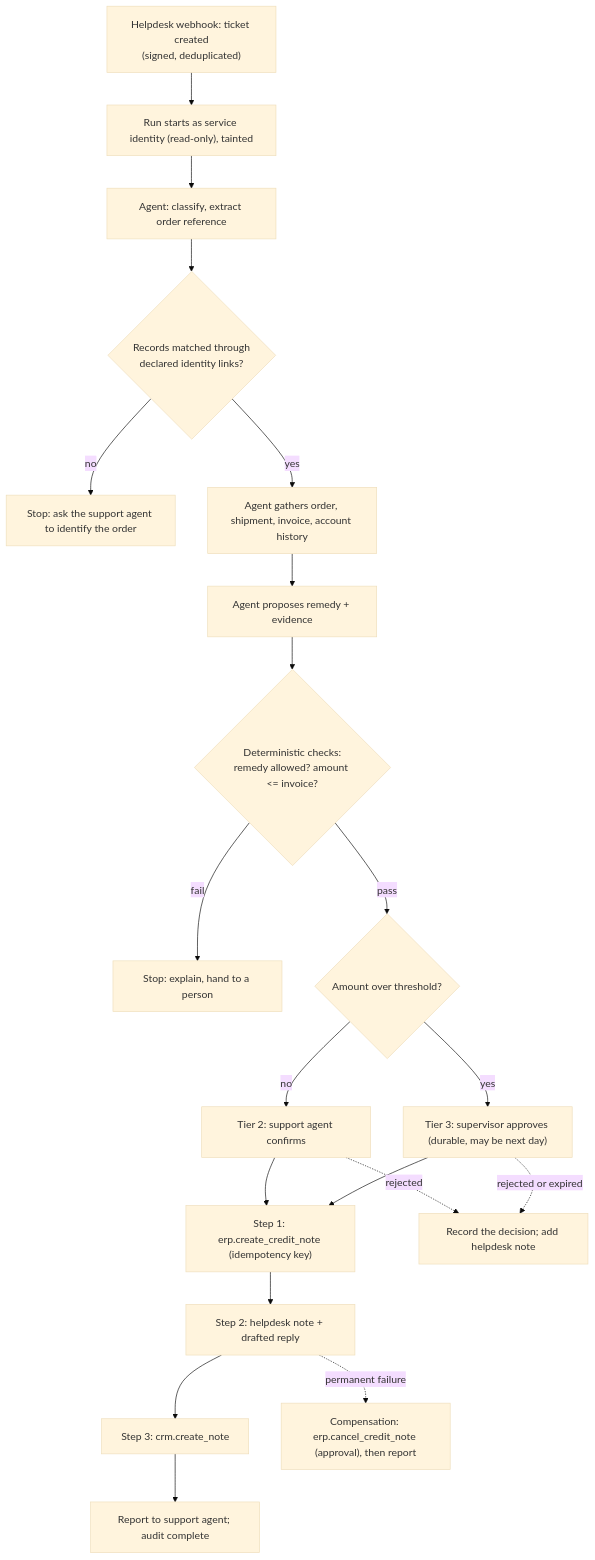
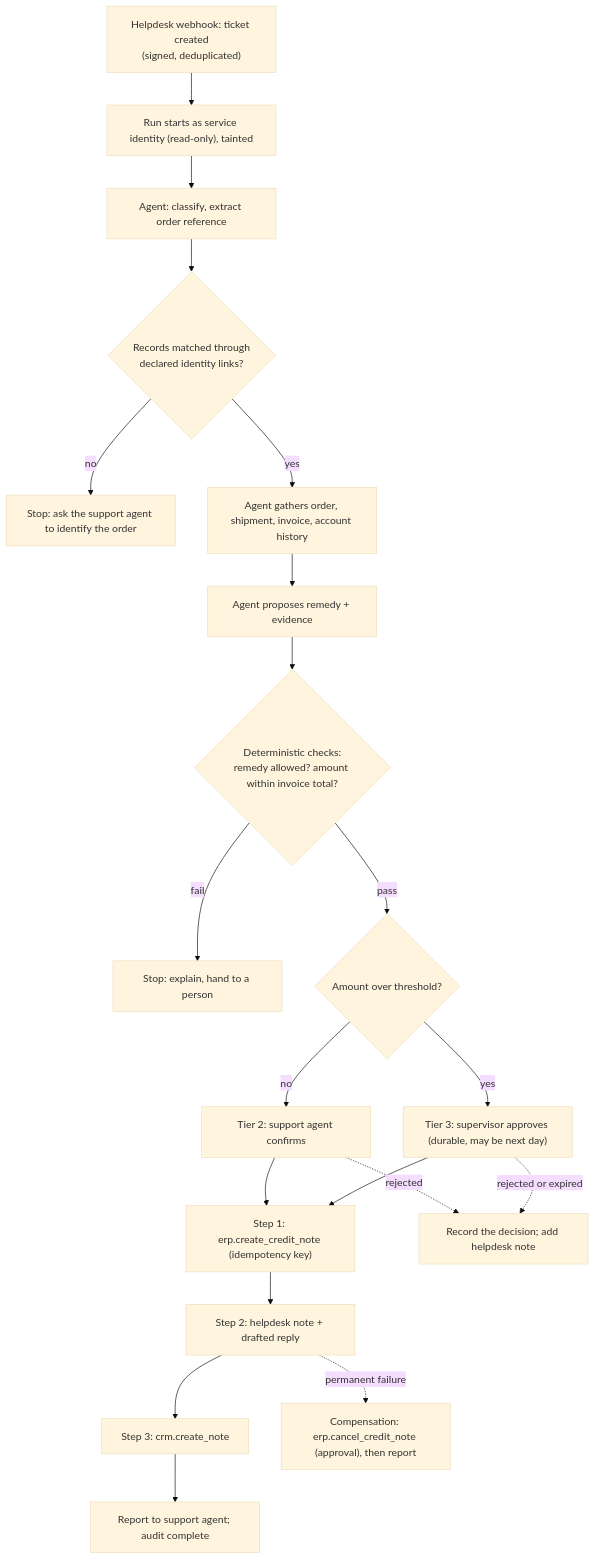
The third of 3 diagrams in research/enterprise-strategy/FIRST_THREE_ENTERPRISE_USE_CASES.md (Md-Nisar/neuron), drawn with Mermaid (base theme) before and after one commit. The commit also changed other lines of this file and 9 other files, not shown here.

````diff
--- a/research/enterprise-strategy/FIRST_THREE_ENTERPRISE_USE_CASES.md
+++ b/research/enterprise-strategy/FIRST_THREE_ENTERPRISE_USE_CASES.md
@@ -258,22 +258,22 @@
 ```mermaid
 flowchart TB
     E["Helpdesk webhook: ticket created<br/>(signed, deduplicated)"] --> R["Run starts as service identity (read-only), tainted"]
     R --> C["Agent: classify, extract order reference"]
     C --> L{"Records matched through<br/>declared identity links?"}
     L -- no --> ASK["Stop: ask the support agent to identify the order"]
     L -- yes --> G["Agent gathers order, shipment, invoice, account history"]
     G --> P["Agent proposes remedy + evidence"]
-    P --> D{"Deterministic checks:<br/>remedy allowed? amount <= invoice?"}
+    P --> D{"Deterministic checks:<br/>remedy allowed? amount within invoice total?"}
     D -- fail --> ASK2["Stop: explain, hand to a person"]
     D -- pass --> T{"Amount over threshold?"}
     T -- no --> A2["Tier 2: support agent confirms"]
     T -- yes --> A3["Tier 3: supervisor approves (durable, may be next day)"]
     A2 --> S1
     A3 --> S1["Step 1: erp.create_credit_note (idempotency key)"]
     S1 --> S2["Step 2: helpdesk note + drafted reply"]
     S2 --> S3["Step 3: crm.create_note"]
     S3 --> DONE["Report to support agent; audit complete"]
     S2 -. "permanent failure" .-> CMP["Compensation: erp.cancel_credit_note (approval), then report"]
     A2 -. "rejected" .-> REJ["Record the decision; add helpdesk note"]
     A3 -. "rejected or expired" .-> REJ
 ```
````
